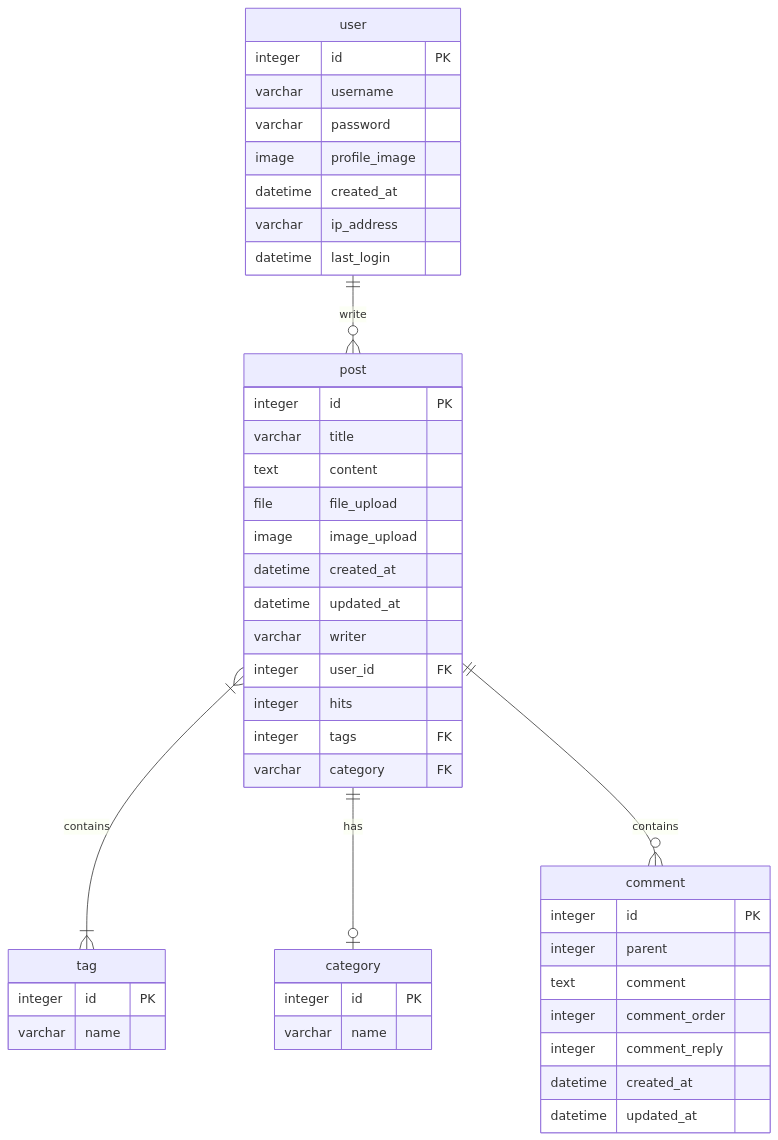
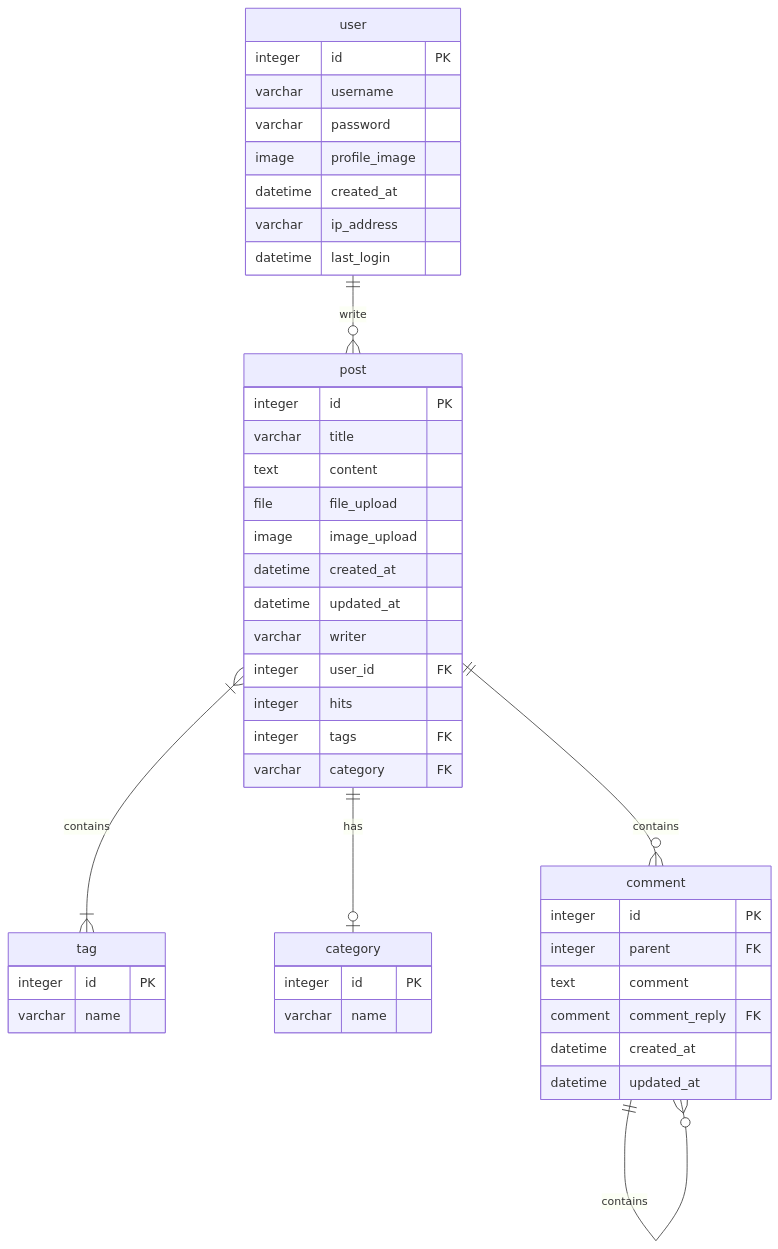
Before and after one commit to jmp7911/blog_project: the second of 2 diagrams in README.md, drawn with Mermaid. The commit also changed other lines of this file, not shown here.

````diff
--- a/README.md
+++ b/README.md
@@ -100,50 +100,50 @@
 ```mermaid
 erDiagram
     user ||--o{ post : write
     user {
       integer id PK
       varchar username
       varchar password
       image profile_image
       datetime created_at
       varchar ip_address
       datetime last_login
     }
     post }|--|{ tag : contains
     post ||--o| category : has
     post {
       integer id PK
       varchar title
       text content
       file file_upload
       image image_upload
       datetime created_at
       datetime updated_at
       varchar writer
       integer user_id FK
       integer hits
       integer tags FK
       varchar category FK
     }
     post ||--o{ comment : contains
+    comment ||--o{ comment : contains
     comment {
       integer id PK
-      integer parent
+      integer parent FK
       text comment
-      integer comment_order
-      integer comment_reply
+      comment comment_reply FK
       datetime created_at
       datetime updated_at
     }
     
     tag {
       integer id PK
       varchar name
     }
     
     
     category {
       integer id PK
       varchar name
     }
 ```
````
